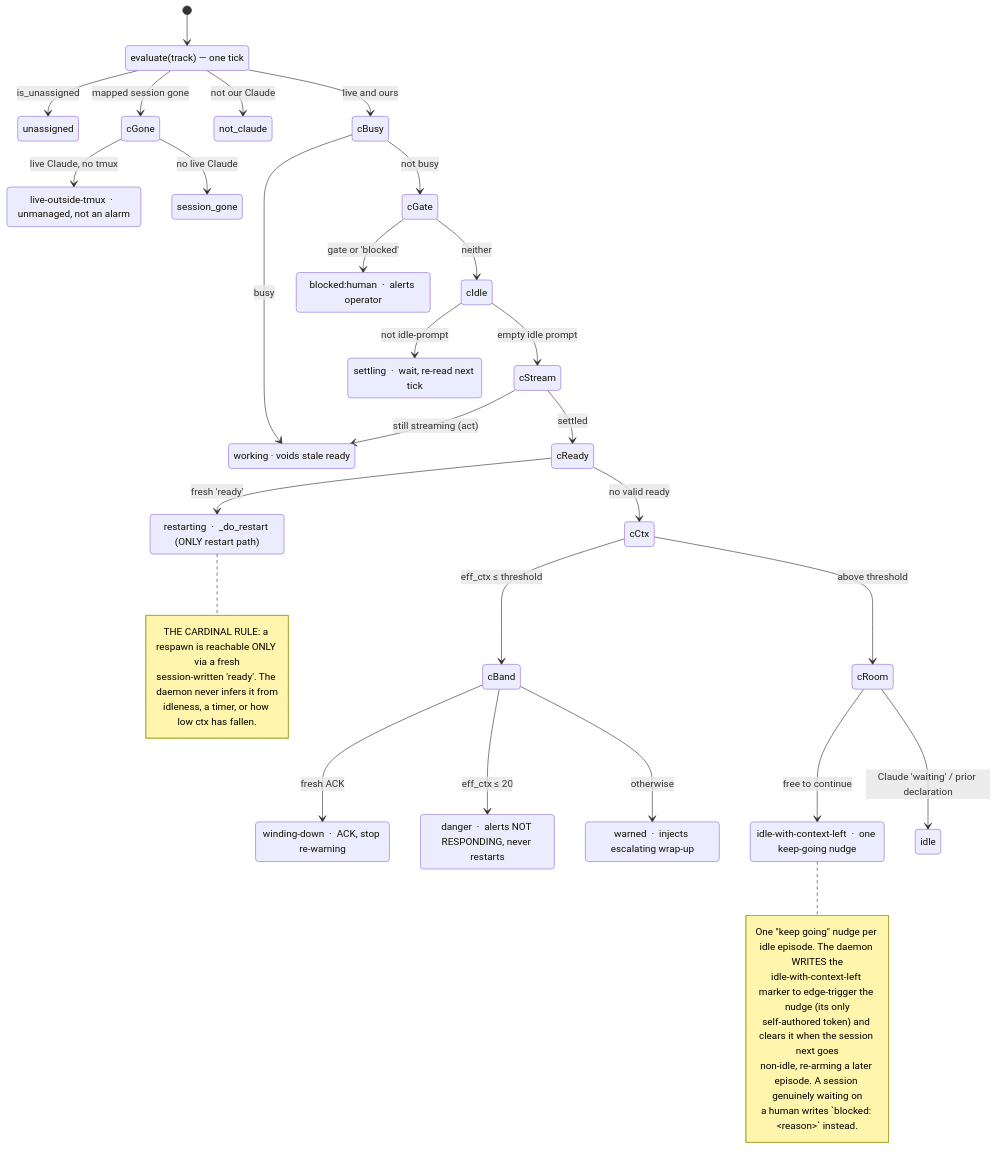
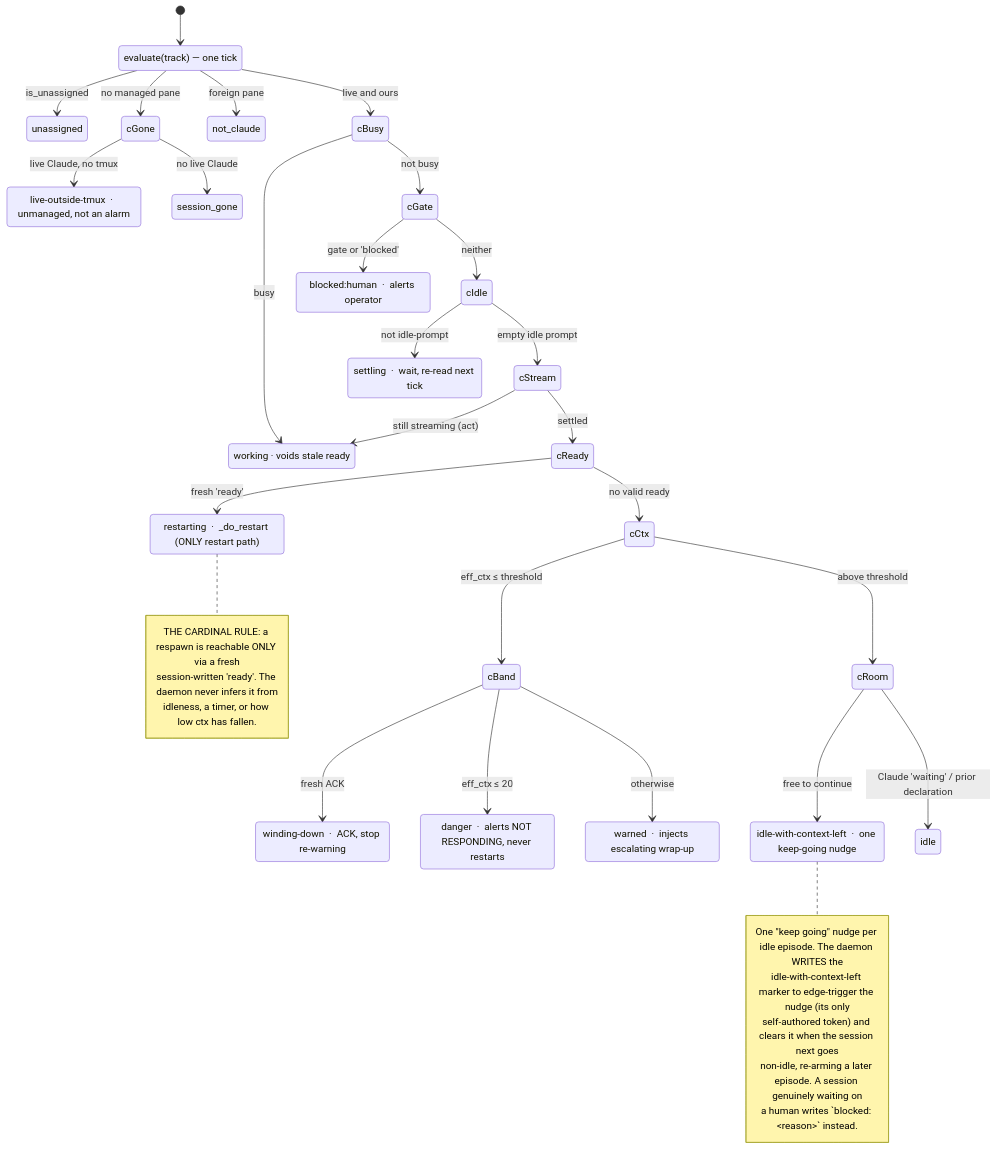
One commit to thewoolleyman/livespec changed the diagram in .claude/skills/overseer/AGENTS.md. Above: the diagram before and after it, drawn with Mermaid. The commit also changed other lines of this file and 2 other files, not shown here.

````diff
--- a/.claude/skills/overseer/AGENTS.md
+++ b/.claude/skills/overseer/AGENTS.md
@@ -56,73 +56,73 @@
 ```mermaid
 stateDiagram-v2
     direction TB
 
     [*] --> tick
     state "evaluate(track) — one tick" as tick
 
     tick --> unassigned: is_unassigned
-    tick --> cGone: mapped session gone
-    tick --> not_claude: not our Claude
+    tick --> cGone: no managed pane
+    tick --> not_claude: foreign pane
     tick --> cBusy: live and ours
 
     state cGone <<choice>>
     cGone --> live_outside_tmux: live Claude, no tmux
     cGone --> session_gone: no live Claude
 
     state cBusy <<choice>>
     cBusy --> working: busy
     cBusy --> cGate: not busy
 
     state cGate <<choice>>
     cGate --> blocked_human: gate or 'blocked'
     cGate --> cIdle: neither
 
     state cIdle <<choice>>
     cIdle --> settling: not idle-prompt
     cIdle --> cStream: empty idle prompt
 
     state cStream <<choice>>
     cStream --> working: still streaming (act)
     cStream --> cReady: settled
 
     state cReady <<choice>>
     cReady --> restarting: fresh 'ready'
     cReady --> cCtx: no valid ready
 
     state cCtx <<choice>>
     cCtx --> cBand: eff_ctx ≤ threshold
     cCtx --> cRoom: above threshold
 
     state cRoom <<choice>>
     cRoom --> idle_ctx_left: free to continue
     cRoom --> idle: Claude 'waiting' / prior declaration
 
     state cBand <<choice>>
     cBand --> winding_down: fresh ACK
     cBand --> danger: eff_ctx ≤ 20
     cBand --> warned: otherwise
 
     working: working  ·  voids stale ready
     blocked_human: blocked:human  ·  alerts operator
     settling: settling  ·  wait, re-read next tick
     restarting: restarting  ·  _do_restart (ONLY restart path)
     warned: warned  ·  injects escalating wrap-up
     danger: danger  ·  alerts NOT RESPONDING, never restarts
     winding_down: winding-down  ·  ACK, stop re-warning
     idle_ctx_left: idle-with-context-left  ·  one keep-going nudge
     live_outside_tmux: live-outside-tmux  ·  unmanaged, not an alarm
 
     note right of idle_ctx_left
       One "keep going" nudge per idle episode. The daemon WRITES the
       idle-with-context-left marker to edge-trigger the nudge (its only
       self-authored token) and clears it when the session next goes
       non-idle, re-arming a later episode. A session genuinely waiting on
       a human writes `blocked: &lt;reason&gt;` instead.
     end note
 
     note right of restarting
       THE CARDINAL RULE: a respawn is reachable ONLY via a fresh
       session-written 'ready'. The daemon never infers it from
       idleness, a timer, or how low ctx has fallen.
     end note
 ```
````
